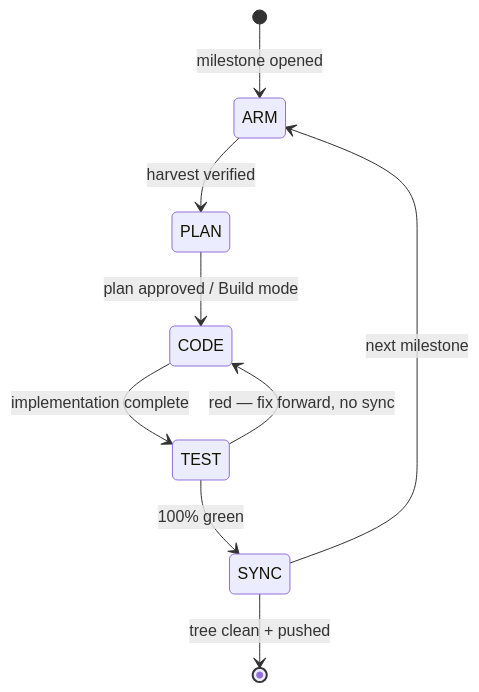
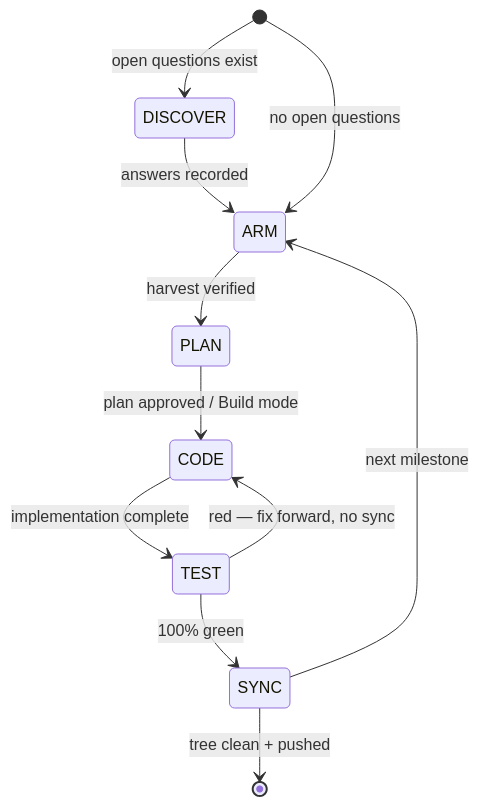
The diagram in docs/16-WORKFLOWS.md (3mar-baha/Vantrilex-OpenCode-Assistant), drawn with Mermaid before and after one commit. The commit also changed other lines of this file, not shown here.

````diff
--- a/docs/16-WORKFLOWS.md
+++ b/docs/16-WORKFLOWS.md
@@ -29,11 +29,13 @@
 ```mermaid
 stateDiagram-v2
-    [*] --> ARM: milestone opened
+    [*] --> DISCOVER: open questions exist
+    DISCOVER --> ARM: answers recorded
+    [*] --> ARM: no open questions
     ARM --> PLAN: harvest verified
     PLAN --> CODE: plan approved / Build mode
     CODE --> TEST: implementation complete
     TEST --> SYNC: 100% green
     TEST --> CODE: red — fix forward, no sync
     SYNC --> [*]: tree clean + pushed
     SYNC --> ARM: next milestone
 ```
````
